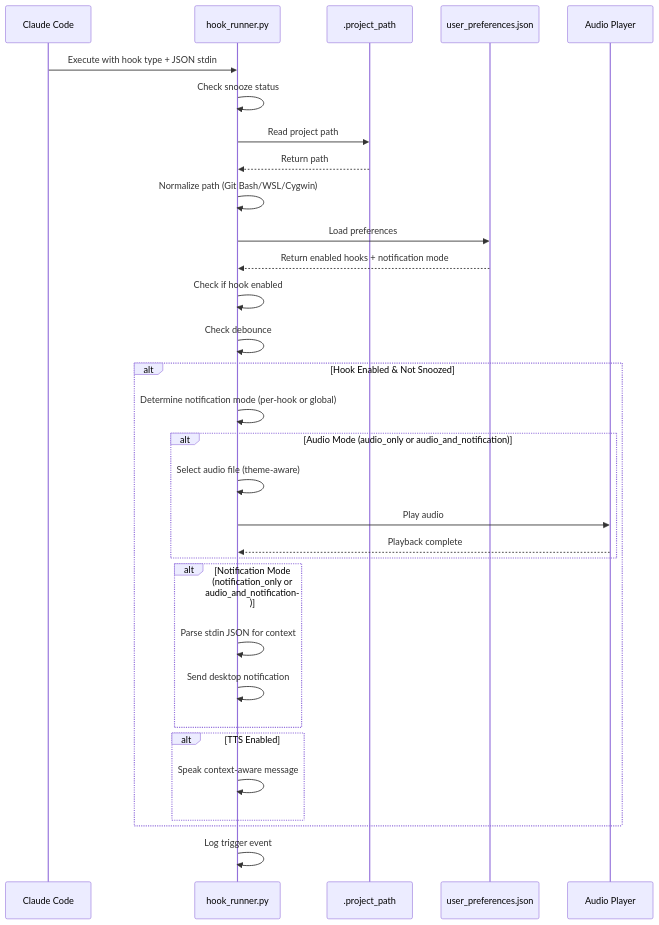
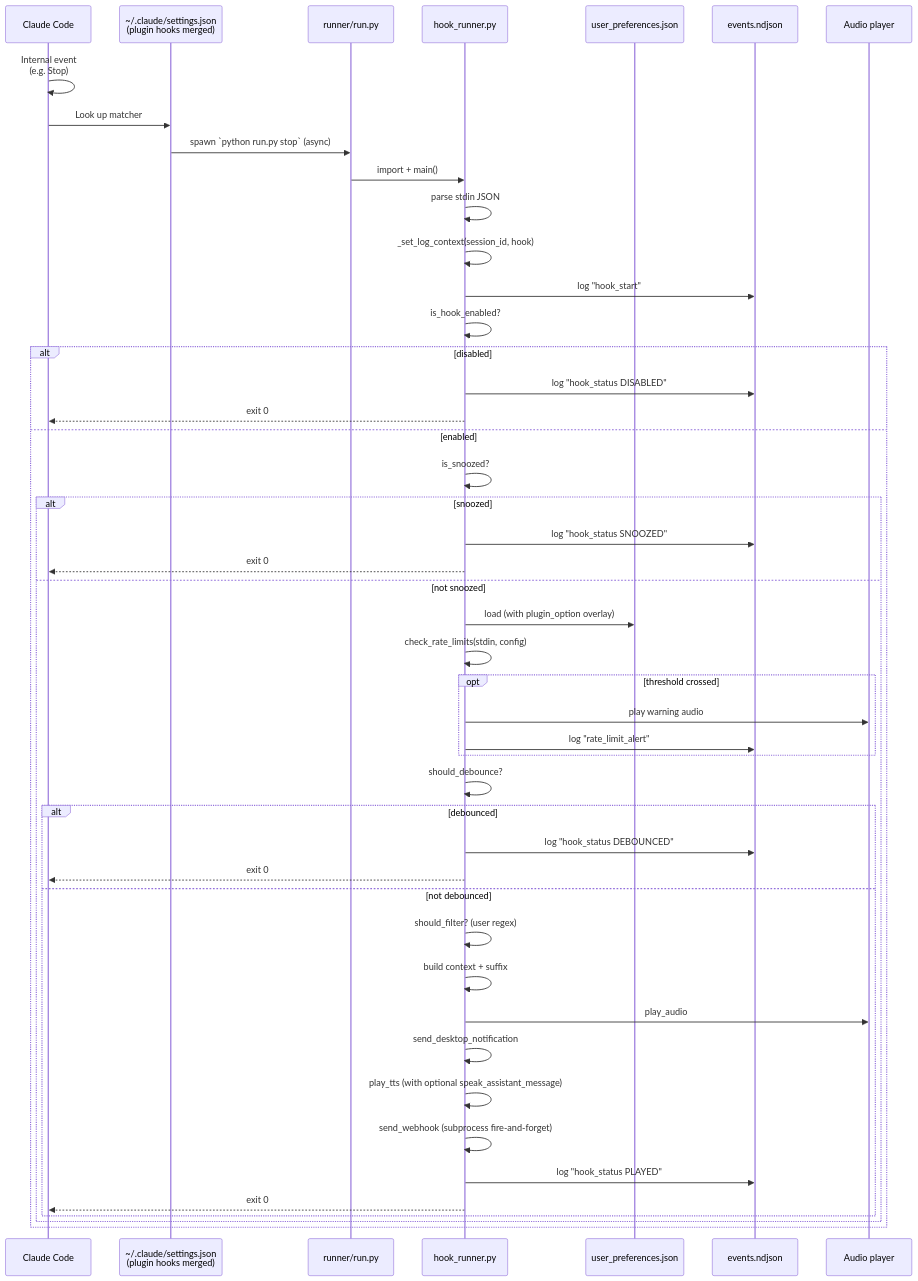
The third of 5 diagrams in docs/ARCHITECTURE.md (tozaki1545atebau/claude-code-audio-hooks), drawn with Mermaid before and after one commit. The commit also changed other lines of this file and 3 other files, not shown here.

````diff
--- a/docs/ARCHITECTURE.md
+++ b/docs/ARCHITECTURE.md
@@ -110,34 +235,51 @@
 ```mermaid
 sequenceDiagram
     participant CC as Claude Code
+    participant SJ as ~/.claude/settings.json<br/>(plugin hooks merged)
+    participant RUNNER as runner/run.py
     participant HR as hook_runner.py
-    participant PP as .project_path
-    participant UP as user_preferences.json
-    participant AP as Audio Player
+    participant CONFIG as user_preferences.json
+    participant LOG as events.ndjson
+    participant AUDIO as Audio player
 
-    CC->>HR: Execute with hook type + JSON stdin
-    HR->>HR: Check snooze status
-    HR->>PP: Read project path
-    PP-->>HR: Return path
-    HR->>HR: Normalize path (Git Bash/WSL/Cygwin)
-    HR->>UP: Load preferences
-    UP-->>HR: Return enabled hooks + notification mode
-    HR->>HR: Check if hook enabled
-    HR->>HR: Check debounce
-    alt Hook Enabled & Not Snoozed
-        HR->>HR: Determine notification mode (per-hook or global)
-        alt Audio Mode (audio_only or audio_and_notification)
-            HR->>HR: Select audio file (theme-aware)
-            HR->>AP: Play audio
-            AP-->>HR: Playback complete
-        end
-        alt Notification Mode (notification_only or audio_and_notification)
-            HR->>HR: Parse stdin JSON for context
-            HR->>HR: Send desktop notification
-        end
-        alt TTS Enabled
-            HR->>HR: Speak context-aware message
+    CC->>CC: Internal event<br/>(e.g. Stop)
+    CC->>SJ: Look up matcher
+    SJ->>RUNNER: spawn `python run.py stop` (async)
+    RUNNER->>HR: import + main()
+    HR->>HR: parse stdin JSON
+    HR->>HR: _set_log_context(session_id, hook)
+    HR->>LOG: log "hook_start"
+
+    HR->>HR: is_hook_enabled?
+    alt disabled
+        HR->>LOG: log "hook_status DISABLED"
+        HR-->>CC: exit 0
+    else enabled
+        HR->>HR: is_snoozed?
+        alt snoozed
+            HR->>LOG: log "hook_status SNOOZED"
+            HR-->>CC: exit 0
+        else not snoozed
+            HR->>CONFIG: load (with plugin_option overlay)
+            HR->>HR: check_rate_limits(stdin, config)
+            opt threshold crossed
+                HR->>AUDIO: play warning audio
+                HR->>LOG: log "rate_limit_alert"
+            end
+            HR->>HR: should_debounce?
+            alt debounced
+                HR->>LOG: log "hook_status DEBOUNCED"
+                HR-->>CC: exit 0
+            else not debounced
+                HR->>HR: should_filter? (user regex)
+                HR->>HR: build context + suffix
+                HR->>AUDIO: play_audio
+                HR->>HR: send_desktop_notification
+                HR->>HR: play_tts (with optional speak_assistant_message)
+                HR->>HR: send_webhook (subprocess fire-and-forget)
+                HR->>LOG: log "hook_status PLAYED"
+                HR-->>CC: exit 0
+            end
         end
     end
-    HR->>HR: Log trigger event
 ```
````
